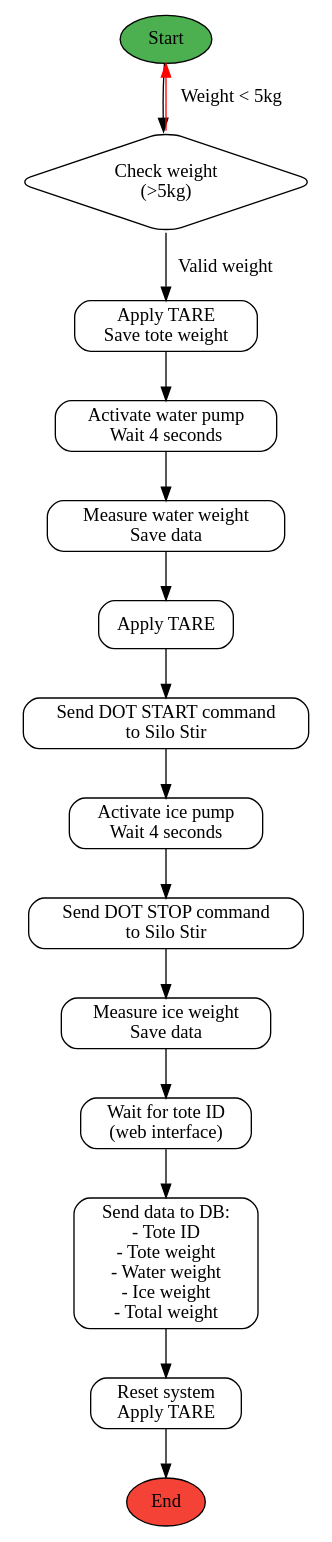
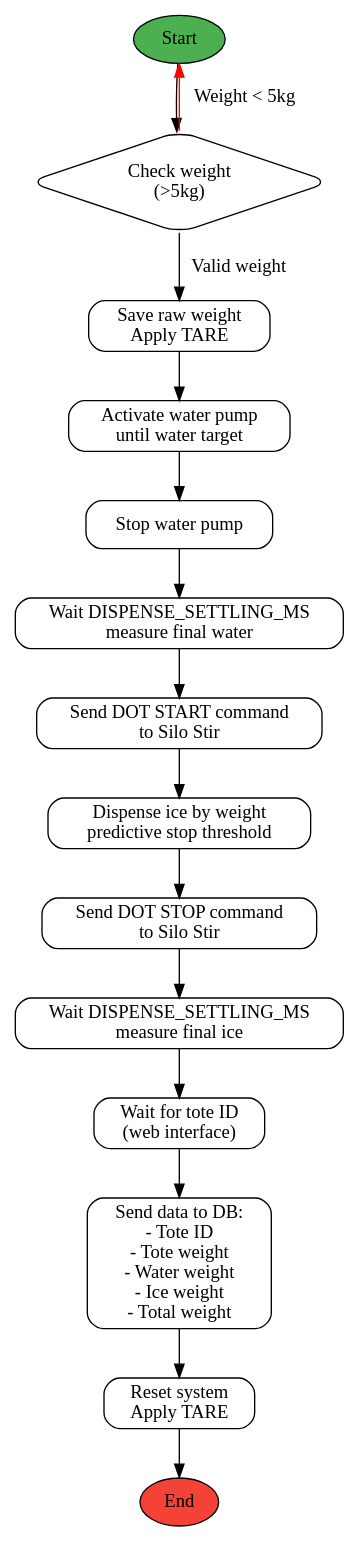
One commit to ayam-brand-IOT/Tote_outbound changed the third of 3 diagrams in README.md. Above: the diagram before and after it, drawn with Graphviz. The commit also changed other lines of this file and 10 other files, not shown here.

````diff
--- a/README.md
+++ b/README.md
@@ -103,36 +111,36 @@
 ```dot
 digraph ProcessFlow {
     rankdir=TB;
     node [shape=box, style=rounded];
     
     start [label="Start", shape=ellipse, style=filled, fillcolor="#4CAF50"];
     check_weight [label="Check weight\n(>5kg)", shape=diamond];
-    tare1 [label="Apply TARE\nSave tote weight"];
-    fill_water [label="Activate water pump\nWait 4 seconds"];
-    measure_water [label="Measure water weight\nSave data"];
-    tare2 [label="Apply TARE"];
+    tare1 [label="Save raw weight\nApply TARE"];
+    fill_water [label="Activate water pump\nuntil water target"];
+    stop_water [label="Stop water pump"];
+    settle_water [label="Wait DISPENSE_SETTLING_MS\nmeasure final water"];
     ice_start [label="Send DOT START command\nto Silo Stir"];
-    fill_ice [label="Activate ice pump\nWait 4 seconds"];
+    fill_ice [label="Dispense ice by weight\npredictive stop threshold"];
     ice_stop [label="Send DOT STOP command\nto Silo Stir"];
-    measure_ice [label="Measure ice weight\nSave data"];
+    settle_ice [label="Wait DISPENSE_SETTLING_MS\nmeasure final ice"];
     wait_id [label="Wait for tote ID\n(web interface)"];
     send_db [label="Send data to DB:\n- Tote ID\n- Tote weight\n- Water weight\n- Ice weight\n- Total weight"];
     reset [label="Reset system\nApply TARE"];
     end [label="End", shape=ellipse, style=filled, fillcolor="#f44336"];
     
     start -> check_weight;
     check_weight -> tare1 [label="Valid weight"];
     check_weight -> start [label="Weight < 5kg", color=red];
     tare1 -> fill_water;
-    fill_water -> measure_water;
-    measure_water -> tare2;
-    tare2 -> ice_start;
+    fill_water -> stop_water;
+    stop_water -> settle_water;
+    settle_water -> ice_start;
     ice_start -> fill_ice;
     fill_ice -> ice_stop;
-    ice_stop -> measure_ice;
-    measure_ice -> wait_id;
+    ice_stop -> settle_ice;
+    settle_ice -> wait_id;
     wait_id -> send_db;
     send_db -> reset;
     reset -> end;
 }
 ```
````
